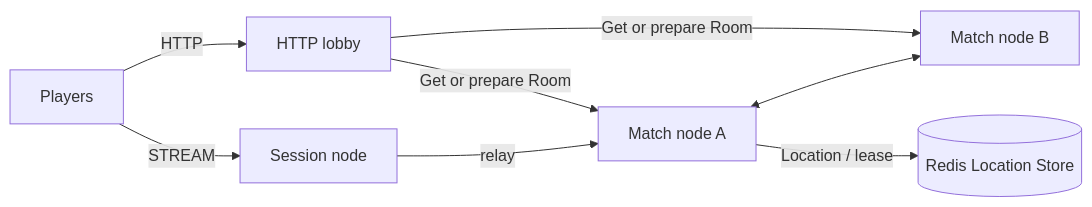
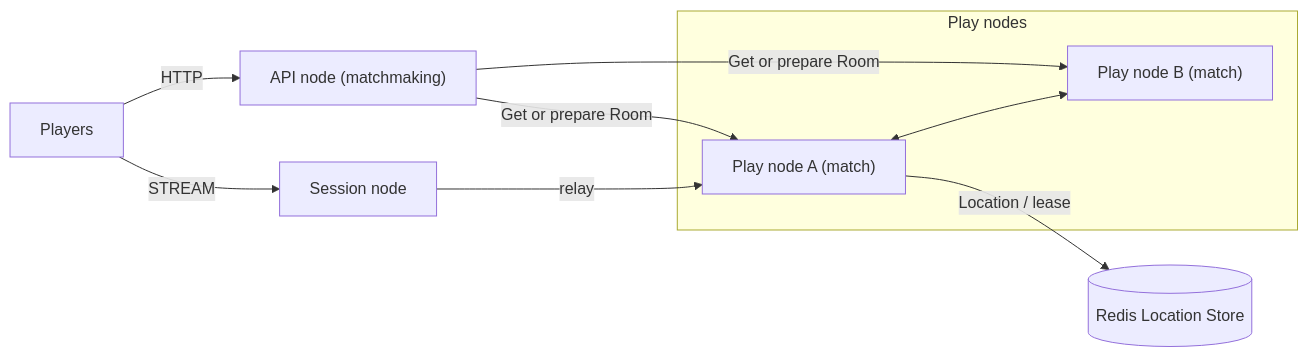
The diagram in framework/languages/java/templates/kotlin/fps-http-lobby/my-game/README.md (zlink-systems/zlink), drawn with Mermaid before and after one commit. The commit also changed other lines of this file and 223 other files, not shown here.

First line of the commit message:
docs(templates): 모든 템플릿의 노드 이름을 Session node · Play node · API node로 (#5350)

````diff
--- a/framework/languages/java/templates/kotlin/fps-http-lobby/my-game/README.md
+++ b/framework/languages/java/templates/kotlin/fps-http-lobby/my-game/README.md
@@ -5,10 +5,14 @@
 ```mermaid
 flowchart LR
-  players[Players] -->|HTTP| lobby[HTTP lobby]
-  players -->|STREAM| session[Session node]
-  session -->|relay| matchA[Match node A]
-  matchA <--> matchB[Match node B]
+  subgraph playNodes["Play nodes"]
+    matchA["Play node A (match)"]
+    matchB["Play node B (match)"]
+  end
+  players[Players] -->|STREAM| session["Session node"]
+  session -->|relay| matchA
+  matchA <--> matchB
   lobby -->|Get or prepare Room| matchA
   lobby -->|Get or prepare Room| matchB
   matchA -->|Location / lease| location[(Redis Location Store)]
+  players -->|HTTP| lobby["API node (matchmaking)"]
 ```
````
